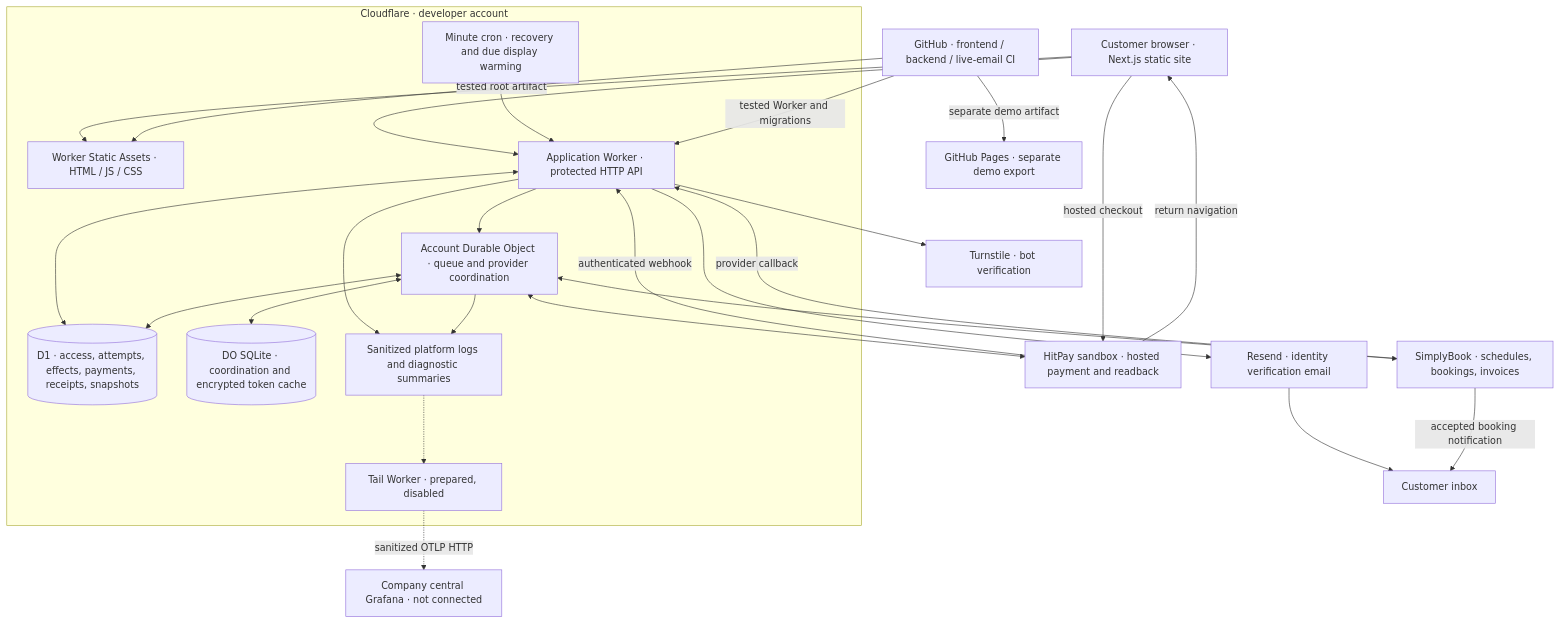
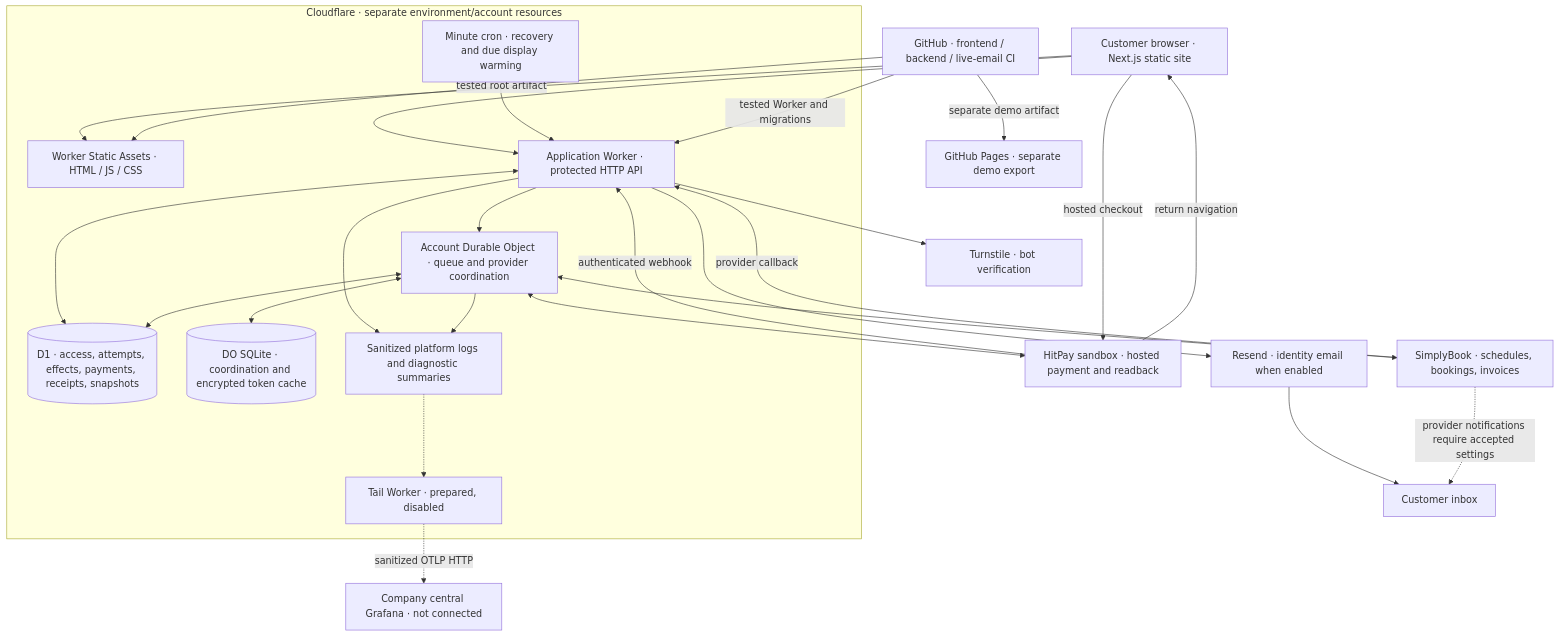
One commit to soccerbotstudiosg/soccerbotstudioSG changed the first of 2 diagrams in docs/architecture/diagram.md. Above: the diagram before and after it, drawn with Mermaid. The commit also changed other lines of this file and 41 other files, not shown here.

````diff
--- a/docs/architecture/diagram.md
+++ b/docs/architecture/diagram.md
@@ -5,46 +5,46 @@
 ```mermaid
 flowchart TB
   Browser["Customer browser · Next.js static site"]
-  subgraph CF["Cloudflare · developer account"]
+  subgraph CF["Cloudflare · separate environment/account resources"]
     Assets["Worker Static Assets · HTML / JS / CSS"]
     Worker["Application Worker · protected HTTP API"]
     D1[("D1 · access, attempts, effects, payments, receipts, snapshots")]
     DO["Account Durable Object · queue and provider coordination"]
     SQLite[("DO SQLite · coordination and encrypted token cache")]
     Cron["Minute cron · recovery and due display warming"]
     Logs["Sanitized platform logs and diagnostic summaries"]
     Tail["Tail Worker · prepared, disabled"]
   end
   SB["SimplyBook · schedules, bookings, invoices"]
   HP["HitPay sandbox · hosted payment and readback"]
   TS["Turnstile · bot verification"]
-  Mail["Resend · identity verification email"]
+  Mail["Resend · identity email when enabled"]
   Inbox["Customer inbox"]
   Grafana["Company central Grafana · not connected"]
   CI["GitHub · frontend / backend / live-email CI"]
   Pages["GitHub Pages · separate demo export"]
   Browser --> Assets
   Browser --> Worker
   Worker <--> D1
   Worker --> DO
   DO <--> SQLite
   DO <--> D1
   DO <--> SB
   DO <--> HP
   Browser -->|hosted checkout| HP
   HP -->|return navigation| Browser
   HP -->|authenticated webhook| Worker
   SB -->|provider callback| Worker
   Worker --> TS
   Worker --> Mail
   Mail --> Inbox
-  SB -->|accepted booking notification| Inbox
+  SB -.->|provider notifications require accepted settings| Inbox
   Cron --> Worker
   Worker --> Logs
   DO --> Logs
   Logs -.-> Tail
   Tail -.->|sanitized OTLP HTTP| Grafana
   CI -->|tested root artifact| Assets
   CI -->|tested Worker and migrations| Worker
   CI -->|separate demo artifact| Pages
 ```
````
